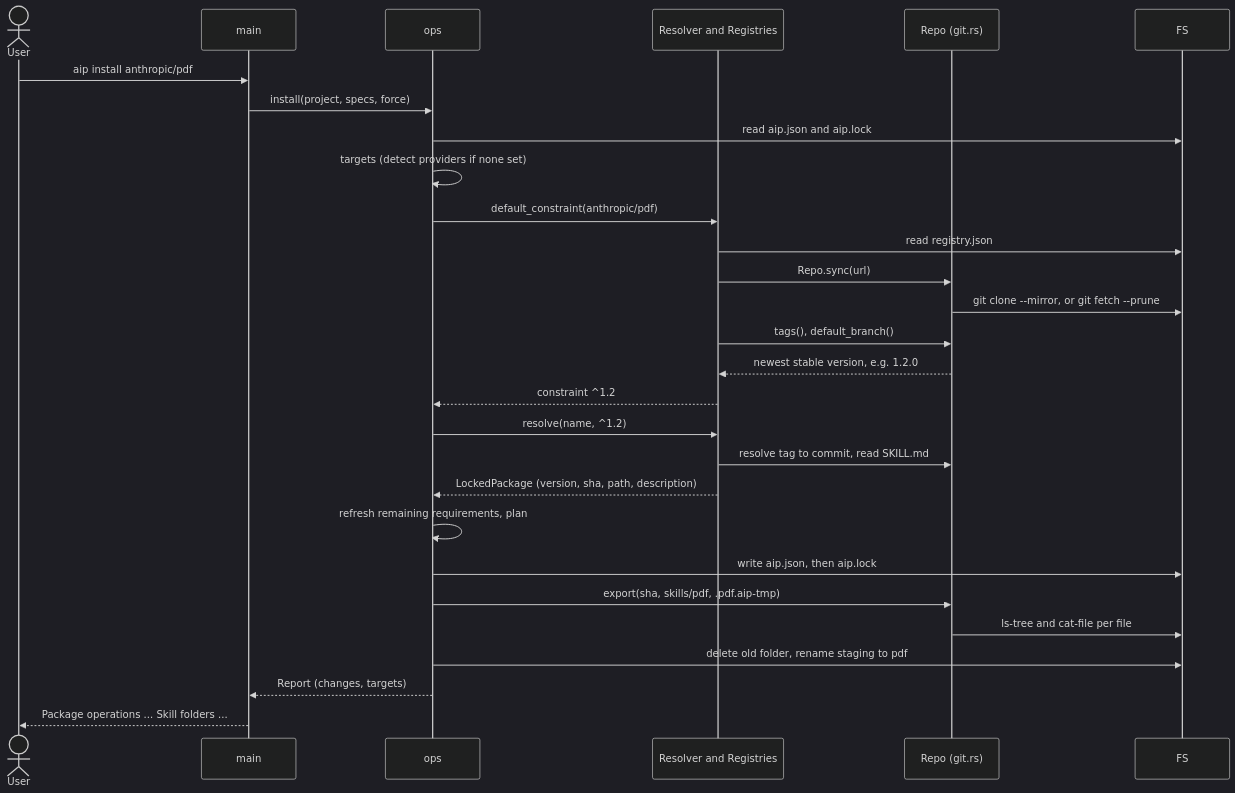
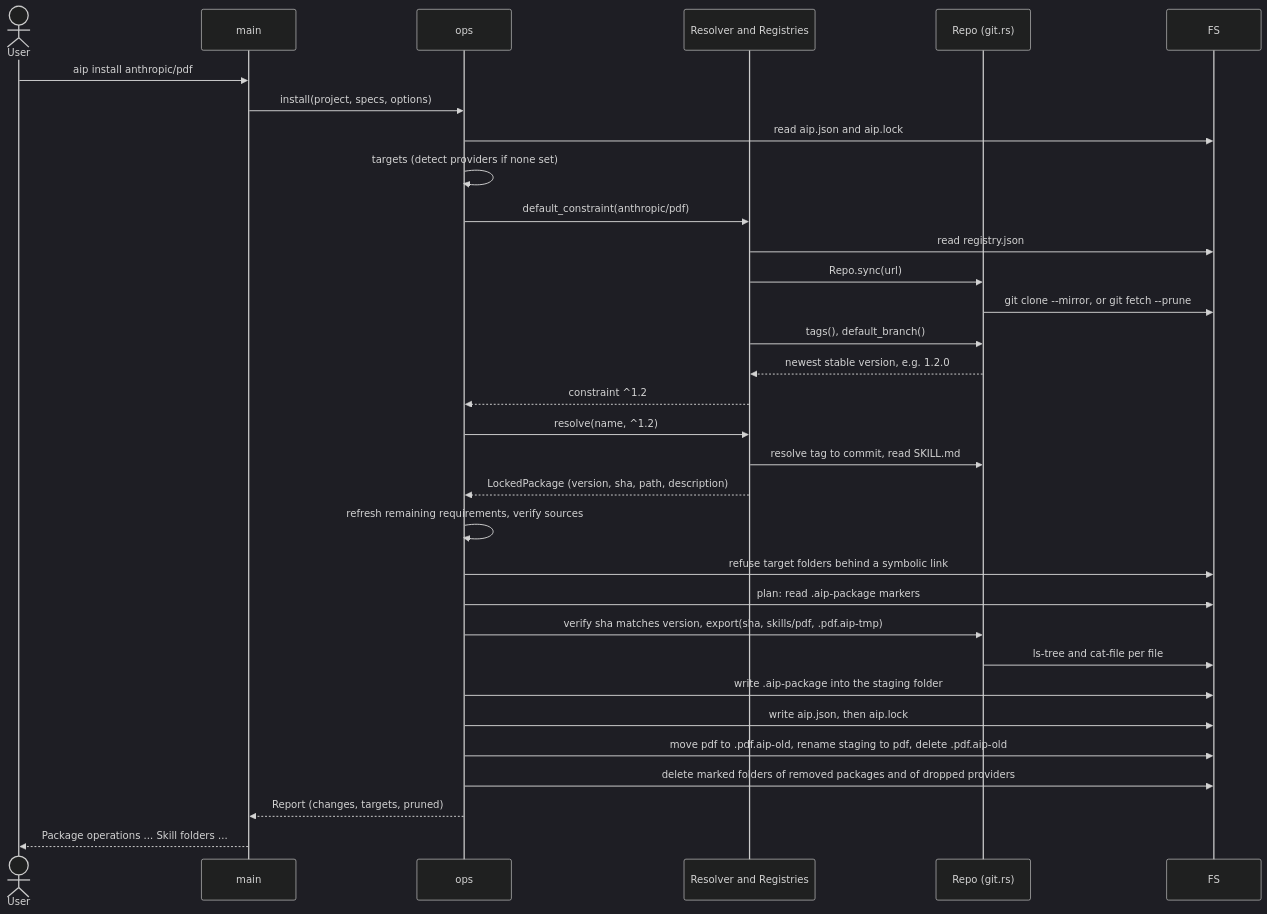
Before and after one commit to floriankraemer/ai-package-manger: the first of 7 diagrams in docs/architecture/arc42/06-runtime-view.md, drawn with Mermaid (dark theme). The commit also changed other lines of this file and 18 other files, not shown here.

````diff
--- a/docs/architecture/arc42/06-runtime-view.md
+++ b/docs/architecture/arc42/06-runtime-view.md
@@ -10,30 +10,34 @@
 ```mermaid
 sequenceDiagram
     actor U as User
     participant M as main
     participant O as ops
     participant R as Resolver and Registries
     participant G as Repo (git.rs)
     participant F as FS
     U->>M: aip install anthropic/pdf
-    M->>O: install(project, specs, force)
+    M->>O: install(project, specs, options)
     O->>F: read aip.json and aip.lock
     O->>O: targets (detect providers if none set)
     O->>R: default_constraint(anthropic/pdf)
     R->>F: read registry.json
     R->>G: Repo.sync(url)
     G->>F: git clone --mirror, or git fetch --prune
     R->>G: tags(), default_branch()
     G-->>R: newest stable version, e.g. 1.2.0
     R-->>O: constraint ^1.2
     O->>R: resolve(name, ^1.2)
     R->>G: resolve tag to commit, read SKILL.md
     R-->>O: LockedPackage (version, sha, path, description)
-    O->>O: refresh remaining requirements, plan
+    O->>O: refresh remaining requirements, verify sources
+    O->>F: refuse target folders behind a symbolic link
+    O->>F: plan: read .aip-package markers
+    O->>G: verify sha matches version, export(sha, skills/pdf, .pdf.aip-tmp)
+    G->>F: ls-tree and cat-file per file
+    O->>F: write .aip-package into the staging folder
     O->>F: write aip.json, then aip.lock
-    O->>G: export(sha, skills/pdf, .pdf.aip-tmp)
-    G->>F: ls-tree and cat-file per file
-    O->>F: delete old folder, rename staging to pdf
-    O-->>M: Report (changes, targets)
+    O->>F: move pdf to .pdf.aip-old, rename staging to pdf, delete .pdf.aip-old
+    O->>F: delete marked folders of removed packages and of dropped providers
+    O-->>M: Report (changes, targets, pruned)
     M-->>U: Package operations ... Skill folders ...
 ```
````
